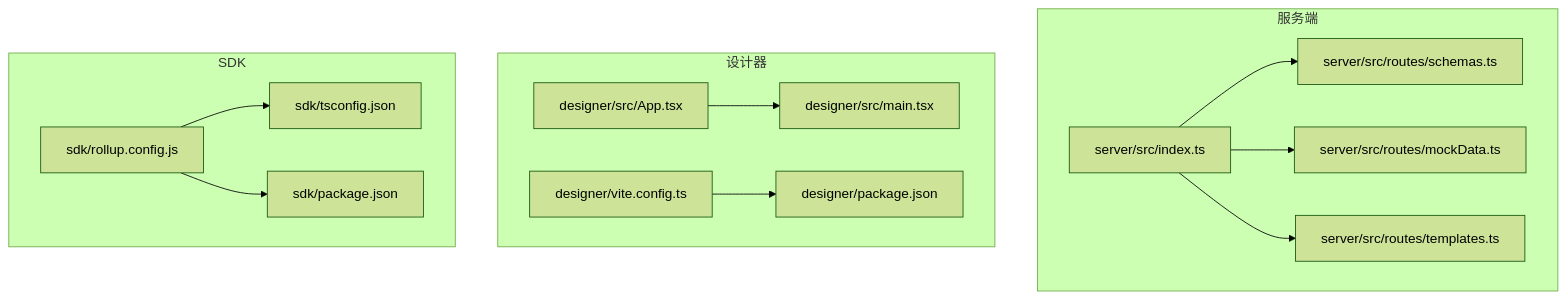
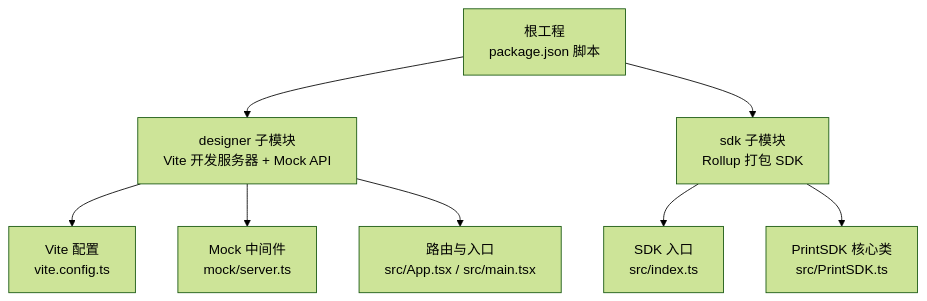
One commit to joker-yjc/printer changed the first of 7 diagrams in .qoder/repowiki/zh/content/快速开始.md. Above: the diagram before and after it, drawn with Mermaid (forest theme). The commit also changed other lines of this file and 86 other files, not shown here.

````diff
--- a/.qoder/repowiki/zh/content/快速开始.md
+++ b/.qoder/repowiki/zh/content/快速开始.md
@@ -45,27 +46,10 @@
 ```mermaid
 graph TB
-subgraph "服务端"
-S_IDX["server/src/index.ts"]
-S_SCHEMAS["server/src/routes/schemas.ts"]
-S_MOCK["server/src/routes/mockData.ts"]
-S_TEMPLATES["server/src/routes/templates.ts"]
-end
-subgraph "设计器"
-D_MAIN["designer/src/main.tsx"]
-D_APP["designer/src/App.tsx"]
-D_VITE["designer/vite.config.ts"]
-D_PKG["designer/package.json"]
-end
-subgraph "SDK"
-SDK_ROLLUP["sdk/rollup.config.js"]
-SDK_TS["sdk/tsconfig.json"]
-SDK_PKG["sdk/package.json"]
-end
-D_VITE --> D_PKG
-D_APP --> D_MAIN
-S_IDX --> S_SCHEMAS
-S_IDX --> S_MOCK
-S_IDX --> S_TEMPLATES
-SDK_ROLLUP --> SDK_TS
-SDK_ROLLUP --> SDK_PKG
+Root["根工程<br/>package.json 脚本"] --> Dsg["designer 子模块<br/>Vite 开发服务器 + Mock API"]
+Root --> Sdk["sdk 子模块<br/>Rollup 打包 SDK"]
+Dsg --> Vite["Vite 配置<br/>vite.config.ts"]
+Dsg --> Mock["Mock 中间件<br/>mock/server.ts"]
+Dsg --> App["路由与入口<br/>src/App.tsx / src/main.tsx"]
+Sdk --> Entry["SDK 入口<br/>src/index.ts"]
+Sdk --> Core["PrintSDK 核心类<br/>src/PrintSDK.ts"]
 ```
````
